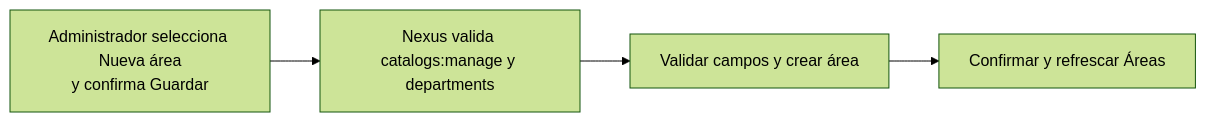
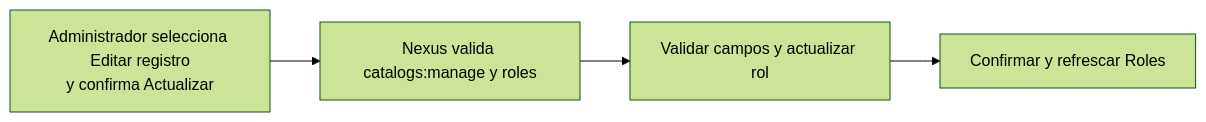
The diagram in docs/requirements/diagrams/catalogs/cu-cat-32.md (gpgsistemas01/nexus), drawn with Mermaid (forest theme) before and after one commit. The commit also changed other lines of this file and 126 other files, not shown here.

````diff
--- a/docs/requirements/diagrams/catalogs/cu-cat-32.md
+++ b/docs/requirements/diagrams/catalogs/cu-cat-32.md
@@ -3,6 +3,6 @@
 ```mermaid
 flowchart LR
-    request["Administrador selecciona Nueva área<br/>y confirma Guardar"] --> authorize["Nexus valida catalogs:manage y departments"]
-    authorize --> persist["Validar campos y crear área"]
-    persist --> result["Confirmar y refrescar Áreas"]
+    request["Administrador selecciona Editar registro<br/>y confirma Actualizar"] --> authorize["Nexus valida catalogs:manage y roles"]
+    authorize --> persist["Validar campos y actualizar rol"]
+    persist --> result["Confirmar y refrescar Roles"]
 ```
````
